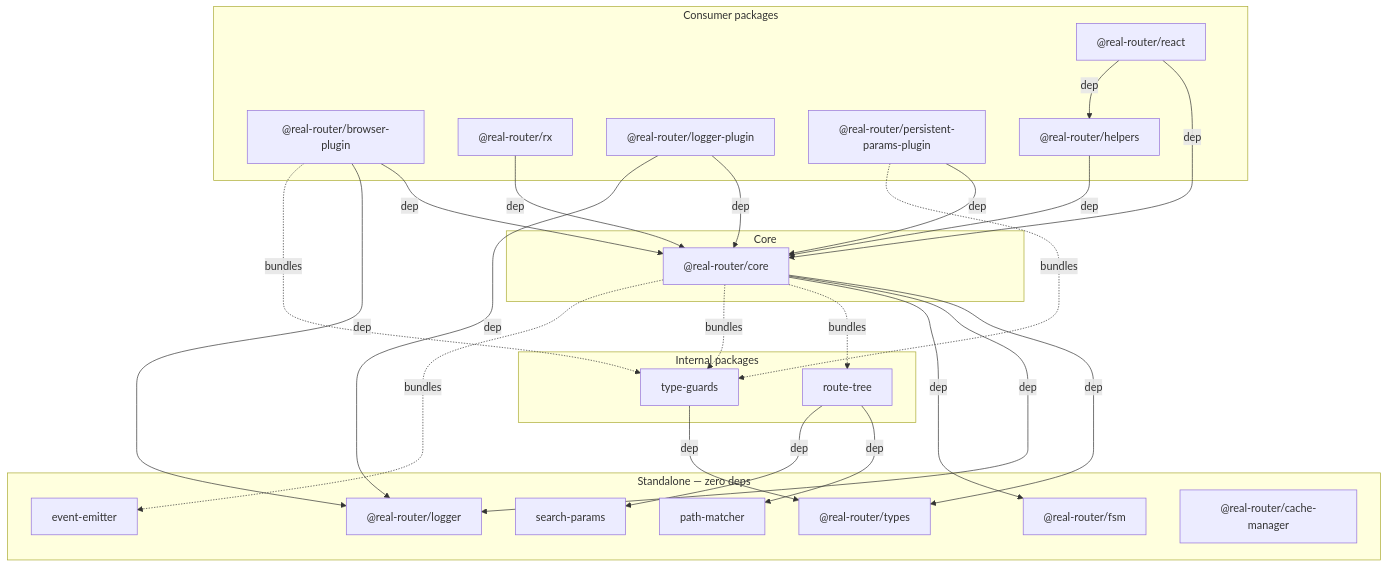
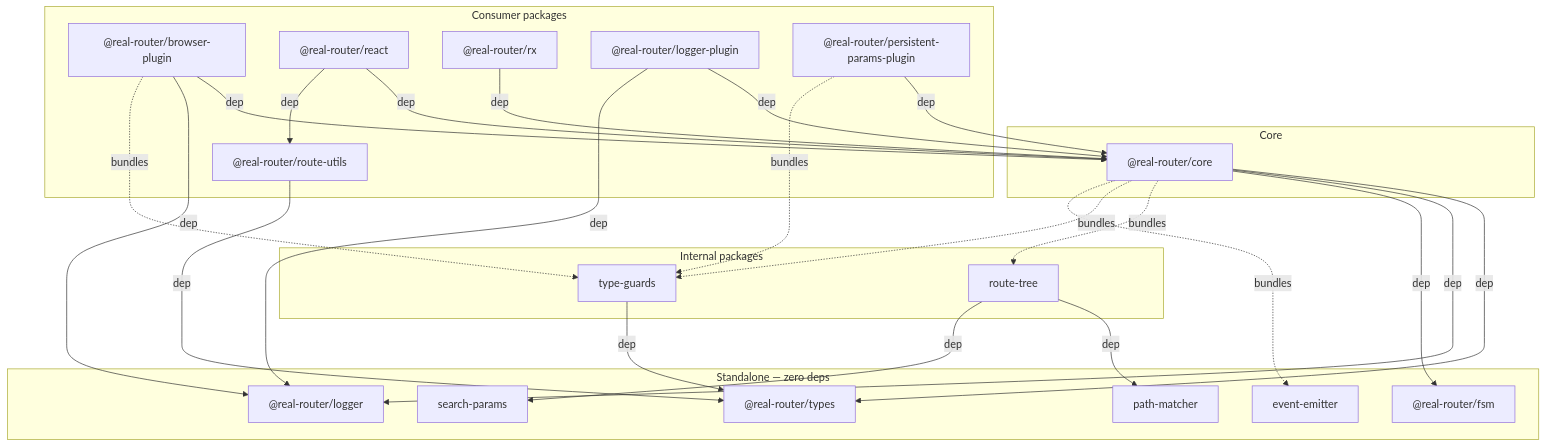
The first of 2 diagrams in ARCHITECTURE.md (greydragon888/real-router), drawn with Mermaid before and after one commit. The commit also changed other lines of this file and 73 other files, not shown here.

Commit message:
feat!: add `@real-router/route-utils`, consolidate helpers and cache-manager (#214) (#215)

````diff
--- a/ARCHITECTURE.md
+++ b/ARCHITECTURE.md
@@ -30,55 +29,54 @@
 ```mermaid
 graph TD
     subgraph standalone [Standalone — zero deps]
         PM[path-matcher]
         SP[search-params]
         EE[event-emitter]
         FSM["@real-router/fsm"]
         LOG["@real-router/logger"]
         TYPES["@real-router/types"]
-        CM["@real-router/cache-manager"]
     end
 
     subgraph internal [Internal packages]
         TG[type-guards] -->|dep| TYPES
         RT[route-tree] -->|dep| PM
         RT -->|dep| SP
     end
 
     subgraph core [Core]
         CORE["@real-router/core"]
     end
 
     CORE -->|dep| TYPES
     CORE -->|dep| LOG
     CORE -->|dep| FSM
     CORE -.->|bundles| RT
     CORE -.->|bundles| TG
     CORE -.->|bundles| EE
 
     subgraph consumers [Consumer packages]
         BP["@real-router/browser-plugin"]
         REACT["@real-router/react"]
         RX["@real-router/rx"]
         LP["@real-router/logger-plugin"]
         PPP["@real-router/persistent-params-plugin"]
-        HELPERS["@real-router/helpers"]
+        ROUTEUTILS["@real-router/route-utils"]
     end
 
     BP -->|dep| CORE
     BP -->|dep| LOG
     BP -.->|bundles| TG
 
     LP -->|dep| CORE
     LP -->|dep| LOG
 
     REACT -->|dep| CORE
-    REACT -->|dep| HELPERS
+    REACT -->|dep| ROUTEUTILS
 
     RX -->|dep| CORE
 
     PPP -->|dep| CORE
     PPP -.->|bundles| TG
 
-    HELPERS -->|dep| CORE
+    ROUTEUTILS -->|dep| TYPES
 ```
````
